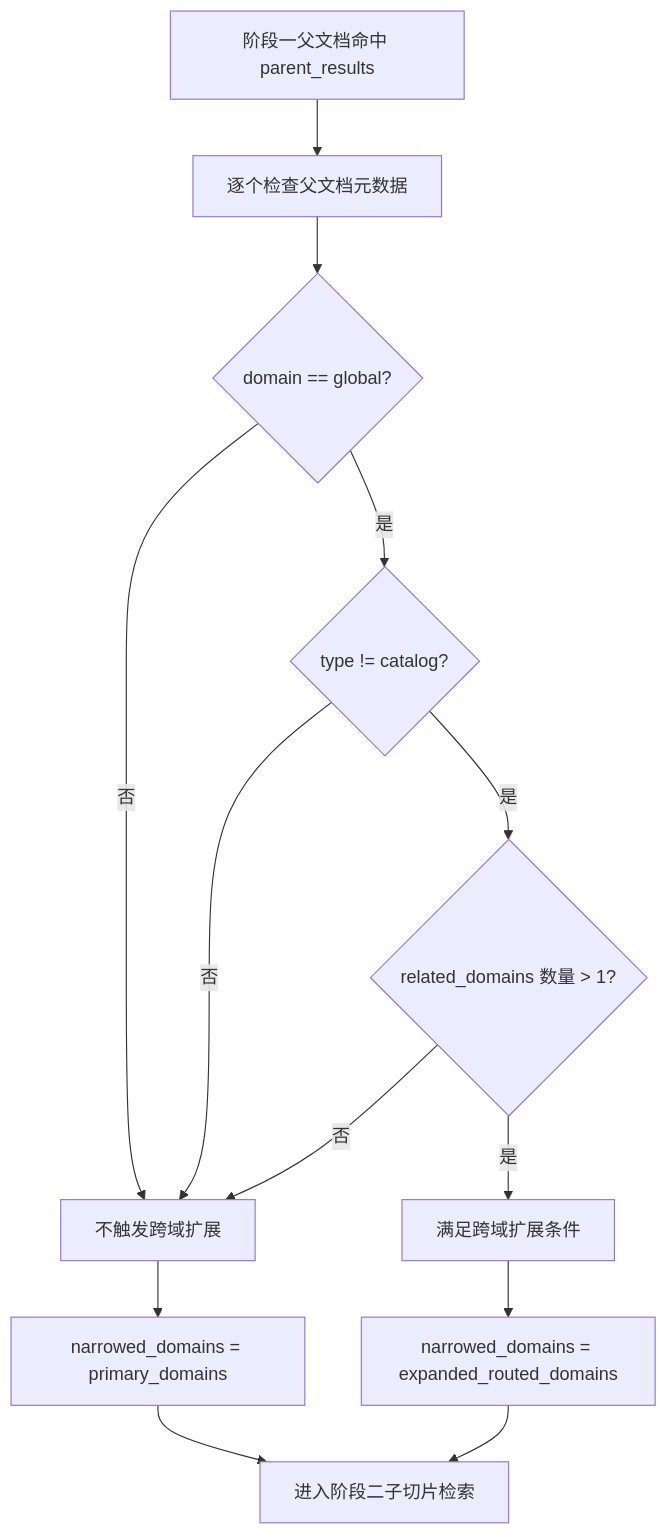
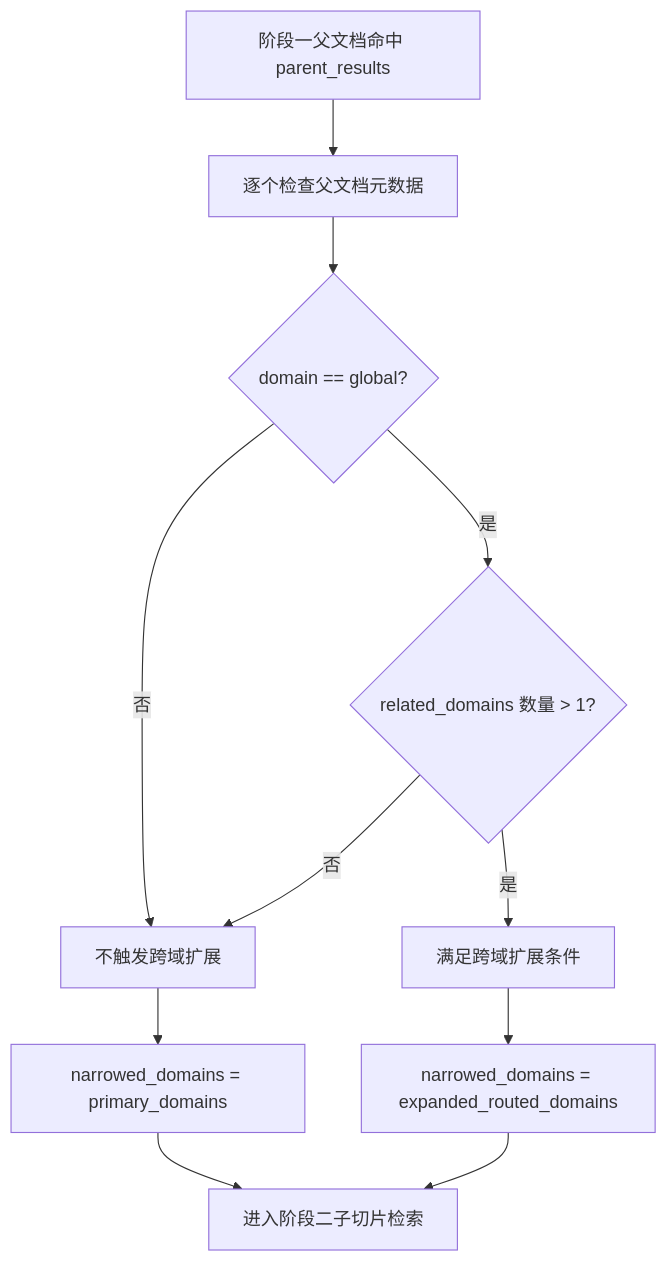
One commit to benli2023/RAG changed the third of 4 diagrams in backend/Diagram.md. Above: the diagram before and after it, drawn with Mermaid. The commit also changed other lines of this file and 7 other files, not shown here.

````diff
--- a/backend/Diagram.md
+++ b/backend/Diagram.md
@@ -52,16 +89,14 @@
 ```mermaid
 flowchart TD
     A[阶段一父文档命中 parent_results] --> B[逐个检查父文档元数据]
     B --> C{domain == global?}
     C -->|否| D[不触发跨域扩展]
-    C -->|是| E{type != catalog?}
+    C -->|是| E{related_domains 数量 > 1?}
     E -->|否| D
-    E -->|是| F{related_domains 数量 > 1?}
-    F -->|否| D
-    F -->|是| G[满足跨域扩展条件]
+    E -->|是| F[满足跨域扩展条件]
 
-    G --> H[narrowed_domains = expanded_routed_domains]
-    D --> I[narrowed_domains = primary_domains]
-    H --> J[进入阶段二子切片检索]
-    I --> J
+    F --> G[narrowed_domains = expanded_routed_domains]
+    D --> H[narrowed_domains = primary_domains]
+    G --> I[进入阶段二子切片检索]
+    H --> I
 ```
````
